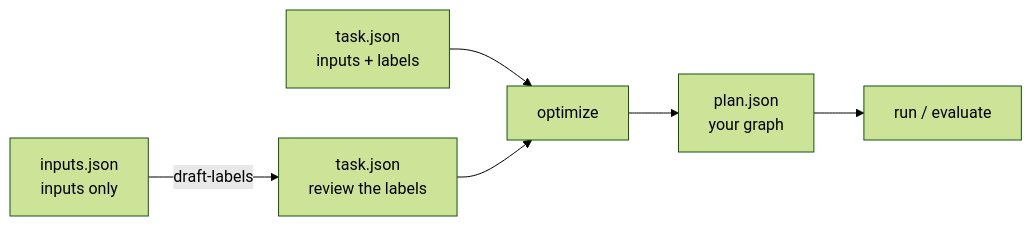
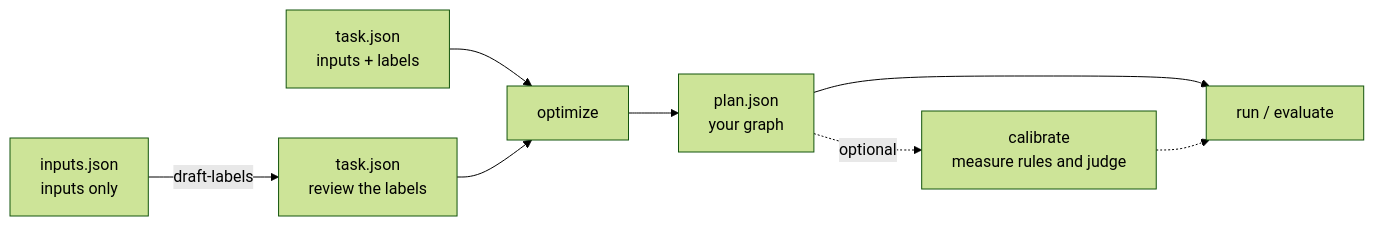
One commit to MCERQUA/rulesmith changed the first of 5 diagrams in README.md. Above: the diagram before and after it, drawn with Mermaid (forest theme). The commit also changed other lines of this file and 2 other files, not shown here.

First line of the commit message:
Mark the judge in every drawn graph and fix the README's diagrams

````diff
--- a/README.md
+++ b/README.md
@@ -78,8 +78,10 @@
 ```mermaid
 flowchart LR
   I["inputs.json<br/>inputs only"] -->|"draft-labels"| R["task.json<br/>review the labels"]
   L["task.json<br/>inputs + labels"] --> O
   R --> O["optimize"]
   O --> P["plan.json<br/>your graph"]
   P --> RUN["run / evaluate"]
+  P -.->|"optional"| CAL["calibrate<br/>measure rules and judge"]
+  CAL -.-> RUN
 ```
````
